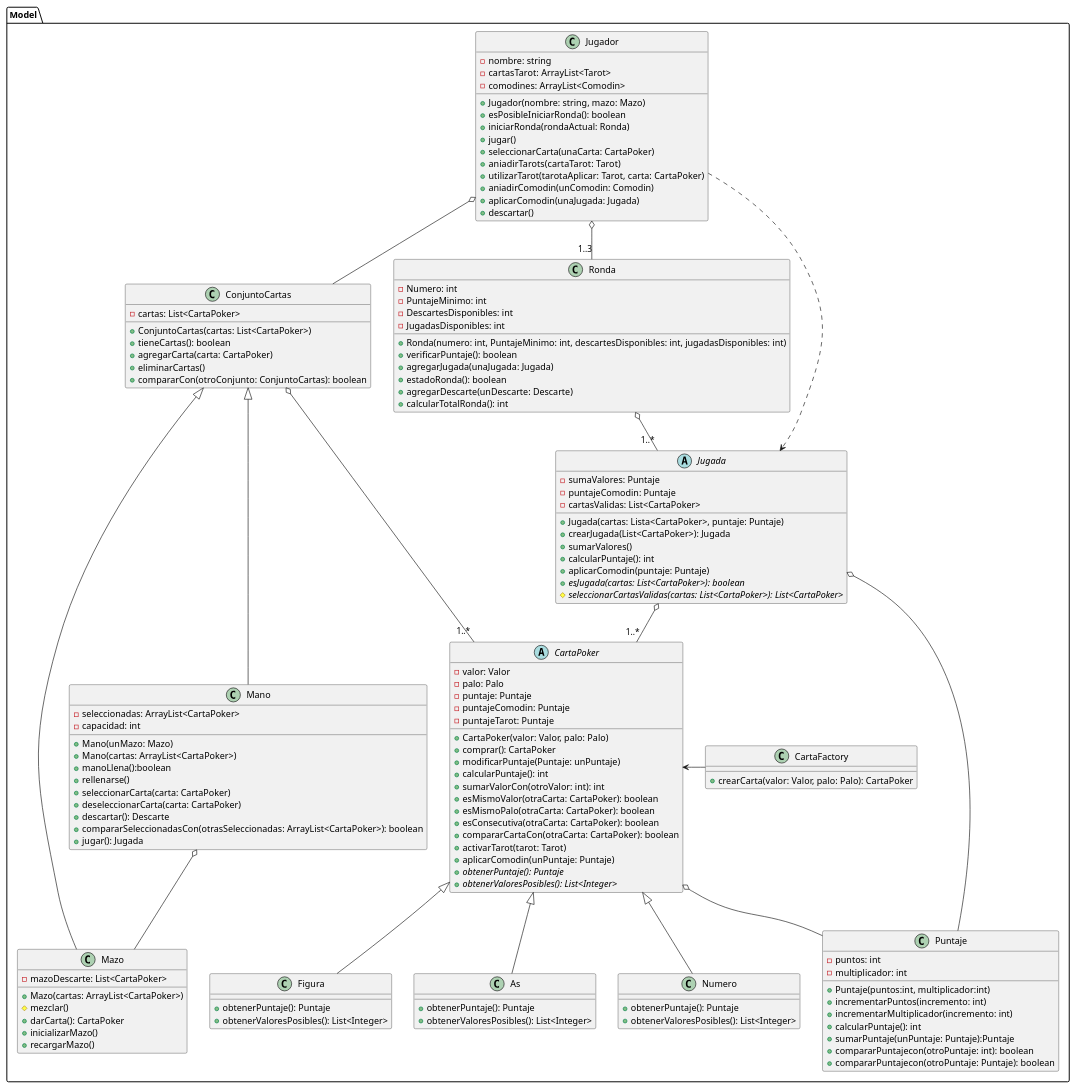
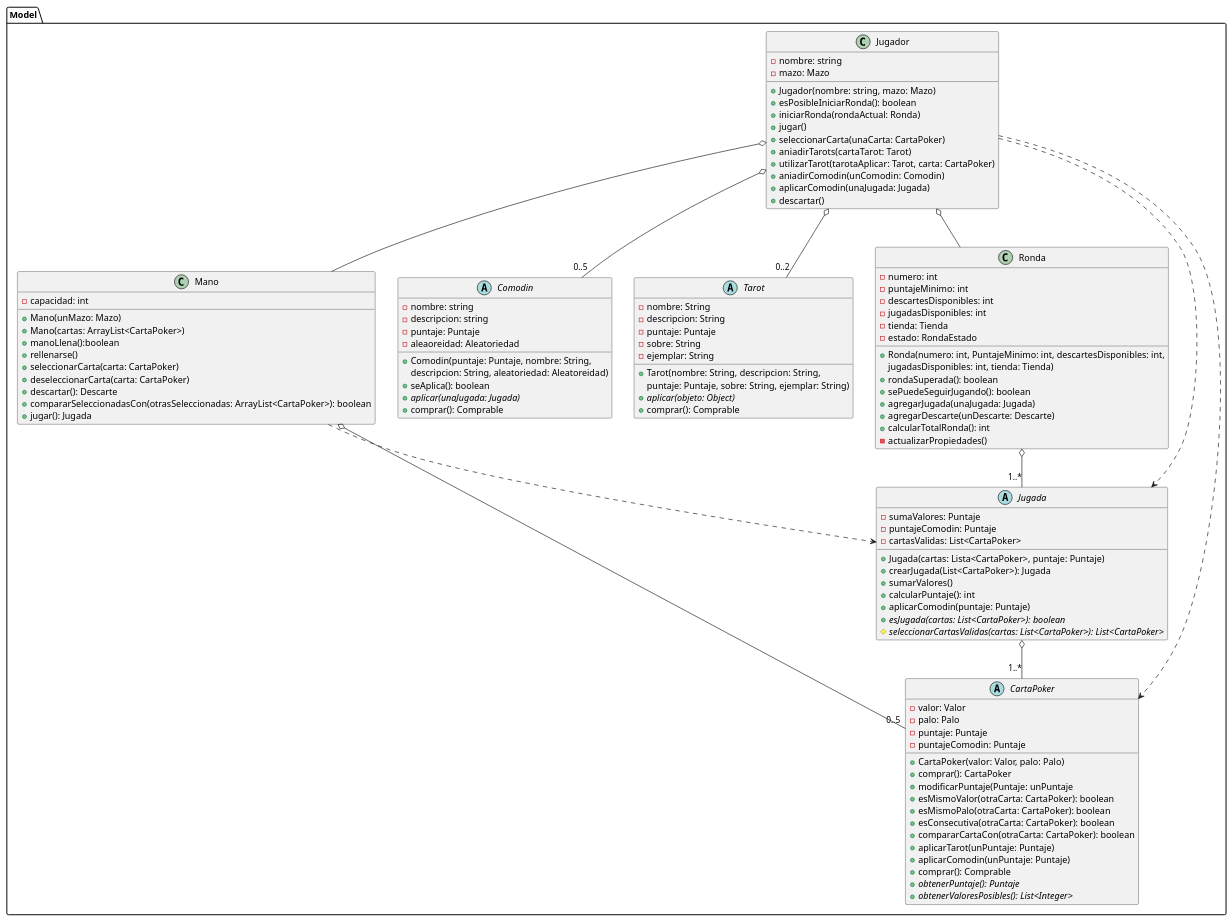
The diagram in diagrams/classes/clasesBalatro2.puml (carruizdiaz1109/UBAlatro), drawn with PlantUML before and after one commit. The commit also changed 1 other file, not shown here.

Commit message:
actualizo diagrama de clase 2

```diff
--- a/diagrams/classes/clasesBalatro2.puml
+++ b/diagrams/classes/clasesBalatro2.puml
@@ -1,163 +1,131 @@
 @startuml
 
 package Model {
 
     class Jugador {
         - nombre: string
-        - cartasTarot: ArrayList<Tarot>
-        - comodines: ArrayList<Comodin>
+        - mazo: Mazo
 
         + Jugador(nombre: string, mazo: Mazo)
         + esPosibleIniciarRonda(): boolean
         + iniciarRonda(rondaActual: Ronda)
         + jugar()
         + seleccionarCarta(unaCarta: CartaPoker)
         + aniadirTarots(cartaTarot: Tarot)
         + utilizarTarot(tarotaAplicar: Tarot, carta: CartaPoker)
         + aniadirComodin(unComodin: Comodin)
         + aplicarComodin(unaJugada: Jugada)
         + descartar()
     }
 
-    class ConjuntoCartas{
-        - cartas: List<CartaPoker>
-
-        + ConjuntoCartas(cartas: List<CartaPoker>)
-        + tieneCartas(): boolean
-        + agregarCarta(carta: CartaPoker)
-        + eliminarCartas()
-        + compararCon(otroConjunto: ConjuntoCartas): boolean
-    }
-
-    class Mazo {
-        - mazoDescarte: List<CartaPoker>
-
-        + Mazo(cartas: ArrayList<CartaPoker>)
-        # mezclar()
-        + darCarta(): CartaPoker
-        + inicializarMazo()
-        + recargarMazo()
-    }
-
     class Mano {
-        - seleccionadas: ArrayList<CartaPoker>
         - capacidad: int
 
         + Mano(unMazo: Mazo)
         + Mano(cartas: ArrayList<CartaPoker>)
         + manoLlena():boolean
         + rellenarse()
         + seleccionarCarta(carta: CartaPoker)
         + deseleccionarCarta(carta: CartaPoker)
         + descartar(): Descarte
         + compararSeleccionadasCon(otrasSeleccionadas: ArrayList<CartaPoker>): boolean
         + jugar(): Jugada
     }
 
-    class Puntaje {
-        - puntos: int
-        - multiplicador: int
+    abstract class Comodin{
+        - nombre: string
+        - descripcion: string
+        - puntaje: Puntaje
+        - aleaoreidad: Aleatoriedad
 
-        + Puntaje(puntos:int, multiplicador:int)
-        + incrementarPuntos(incremento: int)
-        + incrementarMultiplicador(incremento: int)
-        + calcularPuntaje(): int
-        + sumarPuntaje(unPuntaje: Puntaje):Puntaje
-        + compararPuntajecon(otroPuntaje: int): boolean
-        + compararPuntajecon(otroPuntaje: Puntaje): boolean
+        + Comodin(puntaje: Puntaje, nombre: String,
+        descripcion: String, aleatoriedad: Aleatoreidad)
+        + seAplica(): boolean
+        + {abstract}aplicar(unaJugada: Jugada)
+        + comprar(): Comprable
+    }
+
+    abstract class Tarot {
+        - nombre: String
+        - descripcion: String
+        - puntaje: Puntaje
+        - sobre: String
+        - ejemplar: String
+
+        + Tarot(nombre: String, descripcion: String,
+        puntaje: Puntaje, sobre: String, ejemplar: String)
+        + {abstract}aplicar(objeto: Object)
+        + comprar(): Comprable
+    }
+
+    class Ronda {
+            - numero: int
+            - puntajeMinimo: int
+            - descartesDisponibles: int
+            - jugadasDisponibles: int
+            - tienda: Tienda
+            - estado: RondaEstado
+
+            + Ronda(numero: int, PuntajeMinimo: int, descartesDisponibles: int,
+            jugadasDisponibles: int, tienda: Tienda)
+            + rondaSuperada(): boolean
+            + sePuedeSeguirJugando(): boolean
+            + agregarJugada(unaJugada: Jugada)
+            + agregarDescarte(unDescarte: Descarte)
+            + calcularTotalRonda(): int
+            - actualizarPropiedades()
+
+    }
+
+    abstract class Jugada {
+            - sumaValores: Puntaje
+            - puntajeComodin: Puntaje
+            - cartasValidas: List<CartaPoker>
+
+            + Jugada(cartas: Lista<CartaPoker>, puntaje: Puntaje)
+            + crearJugada(List<CartaPoker>): Jugada
+            + sumarValores()
+            + calcularPuntaje(): int
+            + aplicarComodin(puntaje: Puntaje)
+            + {abstract}esJugada(cartas: List<CartaPoker>): boolean
+            # {abstract}seleccionarCartasValidas(cartas: List<CartaPoker>): List<CartaPoker>
     }
 
     abstract class CartaPoker {
-        - valor: Valor
-        - palo: Palo
-        - puntaje: Puntaje
-        - puntajeComodin: Puntaje
-        - puntajeTarot: Puntaje
+       - valor: Valor
+       - palo: Palo
+       - puntaje: Puntaje
+       - puntajeComodin: Puntaje
 
-        + CartaPoker(valor: Valor, palo: Palo)
-        + comprar(): CartaPoker
-        + modificarPuntaje(Puntaje: unPuntaje)
-        + calcularPuntaje(): int
-        + sumarValorCon(otroValor: int): int
-        + esMismoValor(otraCarta: CartaPoker): boolean
-        + esMismoPalo(otraCarta: CartaPoker): boolean
-        + esConsecutiva(otraCarta: CartaPoker): boolean
-        + compararCartaCon(otraCarta: CartaPoker): boolean
-        + activarTarot(tarot: Tarot)
-        + aplicarComodin(unPuntaje: Puntaje)
-        + {abstract}obtenerPuntaje(): Puntaje
-        + {abstract}obtenerValoresPosibles(): List<Integer>
+
+       + CartaPoker(valor: Valor, palo: Palo)
+       + comprar(): CartaPoker
+       + modificarPuntaje(Puntaje: unPuntaje
+       + esMismoValor(otraCarta: CartaPoker): boolean
+       + esMismoPalo(otraCarta: CartaPoker): boolean
+       + esConsecutiva(otraCarta: CartaPoker): boolean
+       + compararCartaCon(otraCarta: CartaPoker): boolean
+       + aplicarTarot(unPuntaje: Puntaje)
+       + aplicarComodin(unPuntaje: Puntaje)
+       + comprar(): Comprable
+       + {abstract}obtenerPuntaje(): Puntaje
+       + {abstract}obtenerValoresPosibles(): List<Integer>
     }
 
-    class CartaFactory {
-        + crearCarta(valor: Valor, palo: Palo): CartaPoker
-    }
+    Jugador o-- Ronda
+    Jugador o-- Mano
+    Jugador ..> CartaPoker
+    Jugador ..> Jugada
+    Jugador o-- "0..2" Tarot
+    Jugador o-- "0..5" Comodin
 
-    class Numero {
-        + obtenerPuntaje(): Puntaje
-        + obtenerValoresPosibles(): List<Integer>
-    }
+    Ronda o-- "1..*" Jugada
 
-    class Figura {
-        + obtenerPuntaje(): Puntaje
-        + obtenerValoresPosibles(): List<Integer>
-    }
+    Mano o-- "0..5" CartaPoker
+    Mano ..> Jugada
 
-    class As {
-        + obtenerPuntaje(): Puntaje
-        + obtenerValoresPosibles(): List<Integer>
-    }
-
-    class Ronda {
-        - Numero: int
-        - PuntajeMinimo: int
-        - DescartesDisponibles: int
-        - JugadasDisponibles: int
-
-        + Ronda(numero: int, PuntajeMinimo: int, descartesDisponibles: int, jugadasDisponibles: int)
-        + verificarPuntaje(): boolean
-        + agregarJugada(unaJugada: Jugada)
-        + estadoRonda(): boolean
-        + agregarDescarte(unDescarte: Descarte)
-        + calcularTotalRonda(): int
-    }
-
-    abstract class Jugada {
-        - sumaValores: Puntaje
-        - puntajeComodin: Puntaje
-        - cartasValidas: List<CartaPoker>
-
-        + Jugada(cartas: Lista<CartaPoker>, puntaje: Puntaje)
-        + crearJugada(List<CartaPoker>): Jugada
-        + sumarValores()
-        + calcularPuntaje(): int
-        + aplicarComodin(puntaje: Puntaje)
-        + {abstract}esJugada(cartas: List<CartaPoker>): boolean
-        # {abstract}seleccionarCartasValidas(cartas: List<CartaPoker>): List<CartaPoker>
-    }
-
-    Jugador o-- "1..3" Ronda
-    Jugador o-- ConjuntoCartas
-    Jugador ..> Jugada
-
-    Mano -up--|> ConjuntoCartas
-    Mazo -up--|> ConjuntoCartas
-
-    ConjuntoCartas o-- "1..*" CartaPoker
-    Mano o-- Mazo
 
     Jugada o-- "1..*" CartaPoker
 
-    CartaFactory -left-> CartaPoker
-    CartaPoker o-- Puntaje
-    Numero -up-|> CartaPoker
-    Figura -up-|> CartaPoker
-    As -up-|> CartaPoker
-
-    Ronda o-- "1..*" Jugada
-
-    Jugada o-- Puntaje
-
-
 }
 @enduml
```
